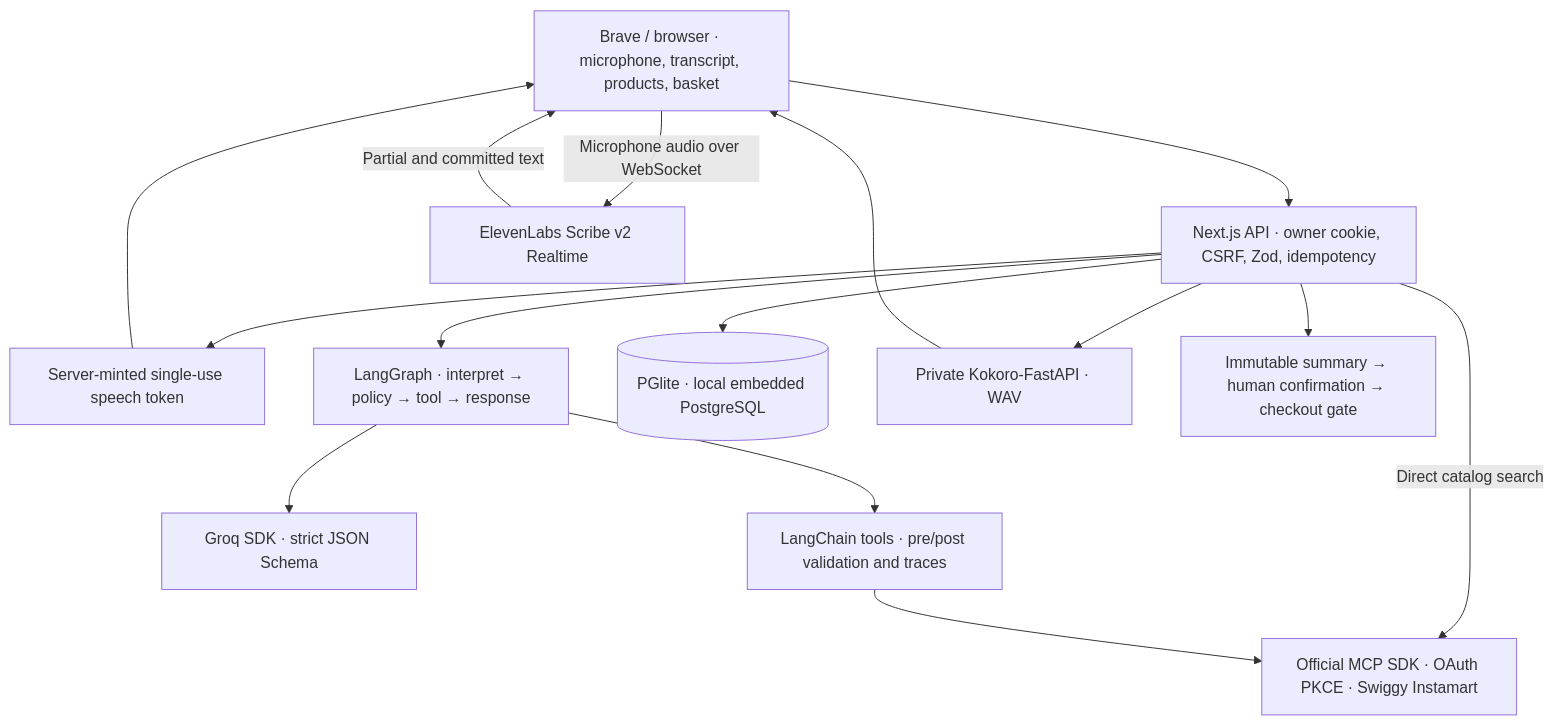
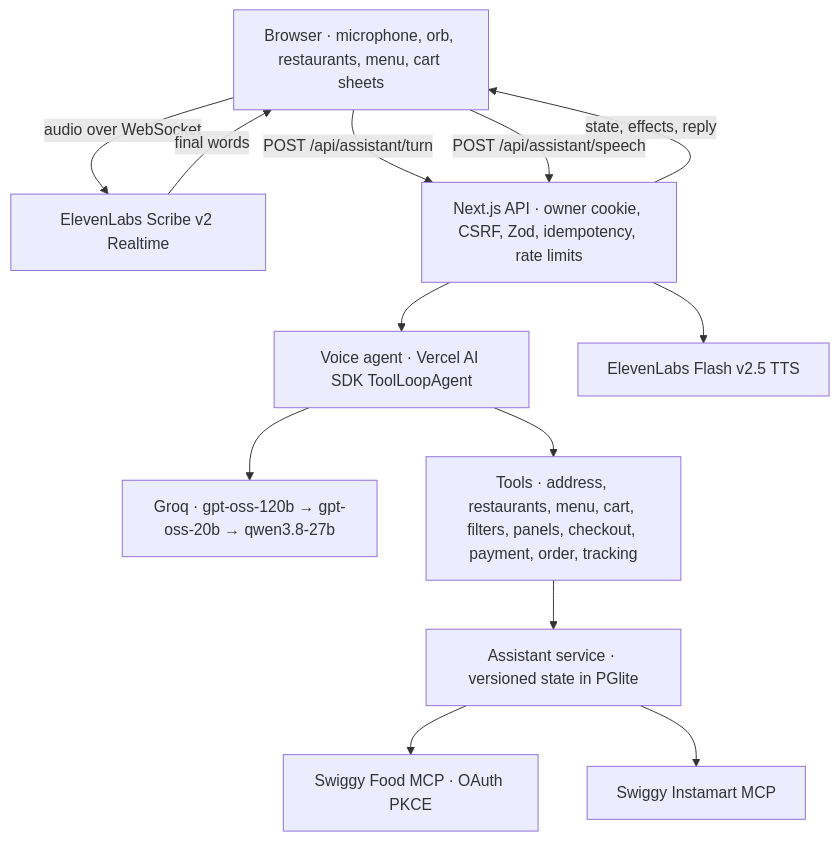
One commit to Siddharth0101/Ai-Instamart changed the diagram in README.md. Above: the diagram before and after it, drawn with Mermaid. The commit also changed other lines of this file and 308 other files, not shown here.

````diff
--- a/README.md
+++ b/README.md
@@ -38,28 +44,21 @@
 ```mermaid
 flowchart TD
-  Browser[Brave / browser · microphone, transcript, products, basket]
-  API[Next.js API · owner cookie, CSRF, Zod, idempotency]
+  Browser[Browser · microphone, orb, restaurants, menu, cart sheets]
   STT[ElevenLabs Scribe v2 Realtime]
-  Token[Server-minted single-use speech token]
-  Graph[LangGraph · interpret → policy → tool → response]
-  Groq[Groq SDK · strict JSON Schema]
-  Tools[LangChain tools · pre/post validation and traces]
-  MCP[Official MCP SDK · OAuth PKCE · Swiggy Instamart]
-  DB[(PGlite · local embedded PostgreSQL)]
-  TTS[Private Kokoro-FastAPI · WAV]
-  Review[Immutable summary → human confirmation → checkout gate]
-  Browser --> API
-  API --> Token
-  Token --> Browser
-  Browser -->|Microphone audio over WebSocket| STT
-  STT -->|Partial and committed text| Browser
-  API --> Graph
-  API -->|Direct catalog search| MCP
-  Graph --> Groq
-  Graph --> Tools
-  Tools --> MCP
-  API --> DB
-  API --> Review
-  API --> TTS
-  TTS --> Browser
+  API[Next.js API · owner cookie, CSRF, Zod, idempotency, rate limits]
+  Agent[Voice agent · Vercel AI SDK ToolLoopAgent]
+  Groq[Groq · gpt-oss-120b → gpt-oss-20b → qwen3.8-27b]
+  Tools[Tools · address, restaurants, menu, cart, filters, panels, checkout, payment, order, tracking]
+  Service[Assistant service · versioned state in PGlite]
+  Food[Swiggy Food MCP · OAuth PKCE]
+  Instamart[Swiggy Instamart MCP]
+  TTS[ElevenLabs Flash v2.5 TTS]
+  Browser -->|audio over WebSocket| STT -->|final words| Browser
+  Browser -->|POST /api/assistant/turn| API --> Agent
+  Agent --> Groq
+  Agent --> Tools --> Service
+  Service --> Food
+  Service --> Instamart
+  API -->|state, effects, reply| Browser
+  Browser -->|POST /api/assistant/speech| API --> TTS
 ```
````
